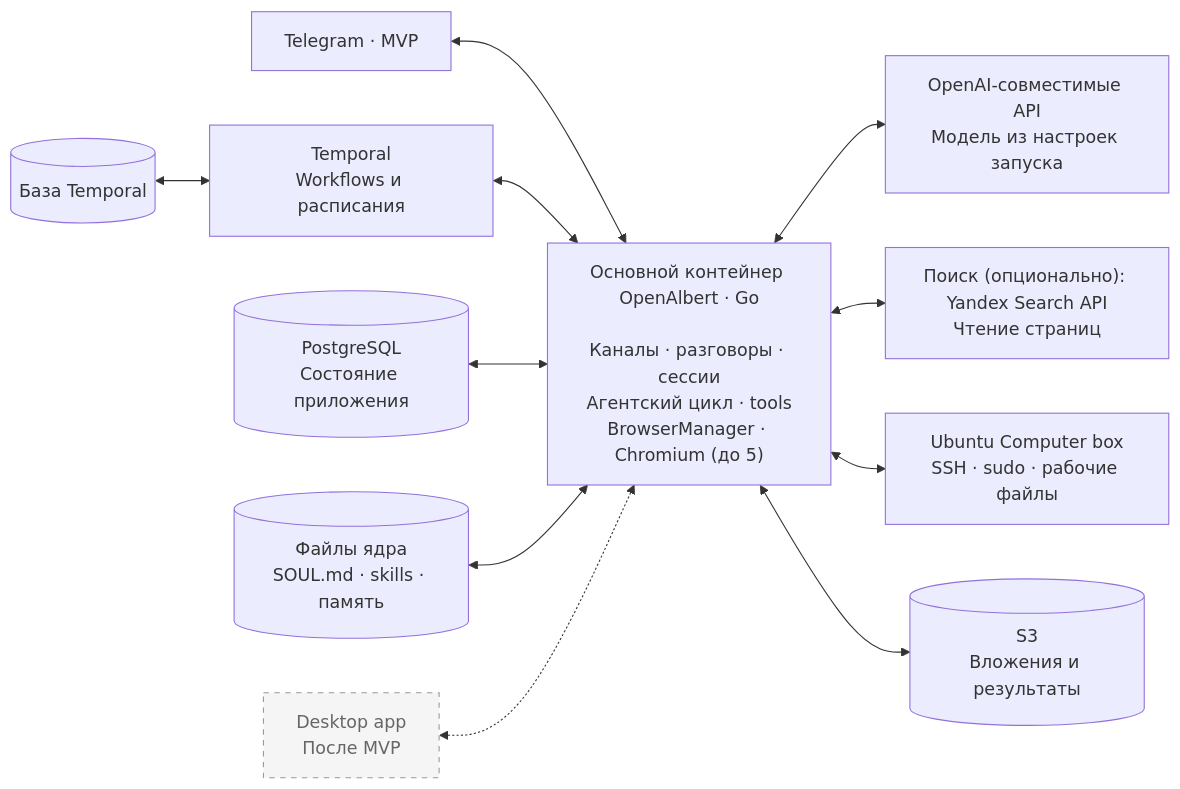
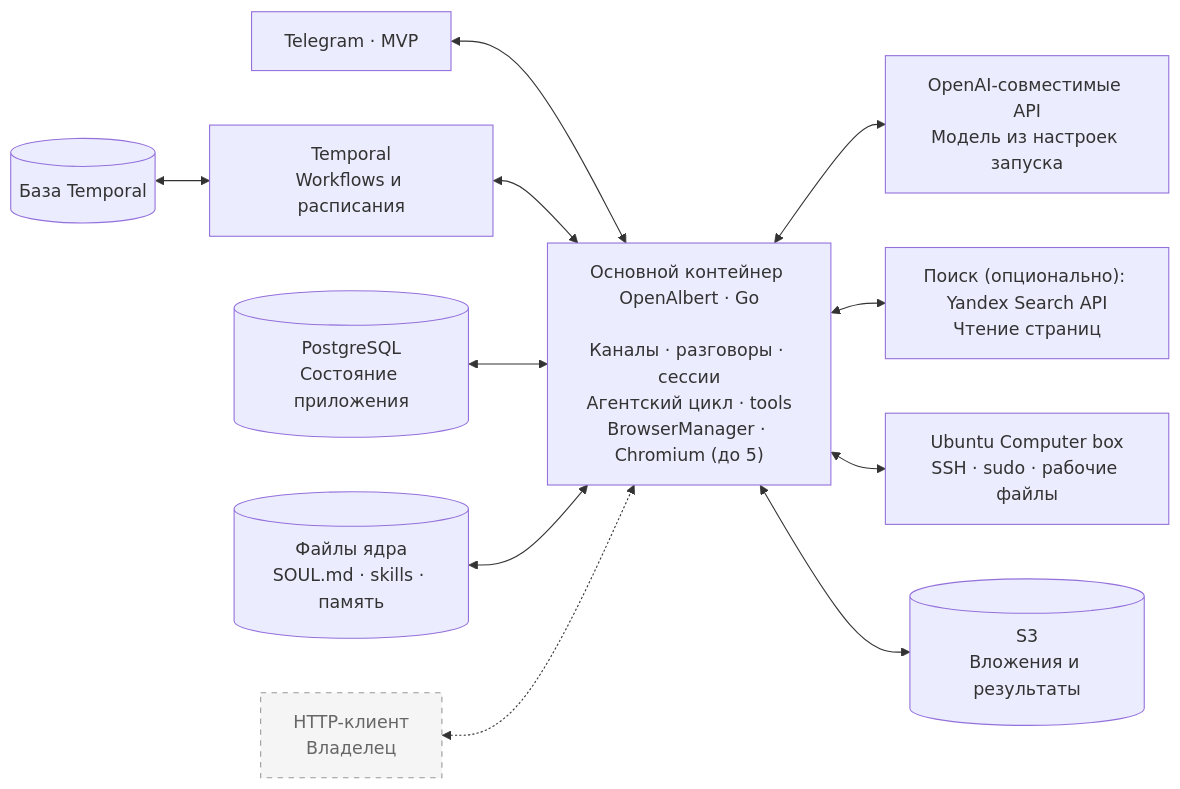
Before and after one commit to mishankov/OpenAlbert: the diagram in docs/diagrams/components.mmd, drawn with Mermaid. The commit also changed 69 other files, not shown here.

```diff
--- a/docs/diagrams/components.mmd
+++ b/docs/diagrams/components.mmd
@@ -1,27 +1,27 @@
 flowchart LR
     accTitle: Компоненты OpenAlbert
-    accDescr: В MVP Telegram связан с ядром, Temporal управляет исполнением, а инструменты обращаются к выбранной при запуске модели и данным. Отдельный Ubuntu Computer box подключён по SSH. Desktop app показан пунктиром как последующий этап.
+    accDescr: В MVP Telegram связан с ядром, Temporal управляет исполнением, а инструменты обращаются к выбранной при запуске модели и данным. Отдельный Ubuntu Computer box подключён по SSH. HTTP-клиент обращается к API владельца.
     Channels["Telegram · MVP"]
-    Desktop["Desktop app<br/>После MVP"]
+    Client["HTTP-клиент<br/>Владелец"]
     TemporalDB[("База Temporal")]
     Temporal["Temporal<br/>Workflows и расписания"]
     DB[("PostgreSQL<br/>Состояние приложения")]
     Files[("Файлы ядра<br/>SOUL.md · skills · память")]
     Core["Основной контейнер OpenAlbert · Go<br/><br/>Каналы · разговоры · сессии<br/>Агентский цикл · tools<br/>BrowserManager · Chromium (до 5)"]
     LLM["OpenAI-совместимые API<br/>Модель из настроек запуска"]
     Search["Поиск (опционально): Yandex Search API<br/>Чтение страниц"]
     Computer["Ubuntu Computer box<br/>SSH · sudo · рабочие файлы"]
     S3[("S3<br/>Вложения и результаты")]
 
     Channels <--> Core
     TemporalDB <--> Temporal
     Temporal <--> Core
     DB <--> Core
     Files <--> Core
     Core <--> LLM
     Core <--> Search
     Core <--> Computer
-    Desktop <-.-> Core
-    classDef future fill:#f5f5f5,stroke:#999,stroke-dasharray:5 5,color:#666
-    class Desktop future
+    Client <-.-> Core
+    classDef optional fill:#f5f5f5,stroke:#999,stroke-dasharray:5 5,color:#666
+    class Client optional
     Core <--> S3
```
